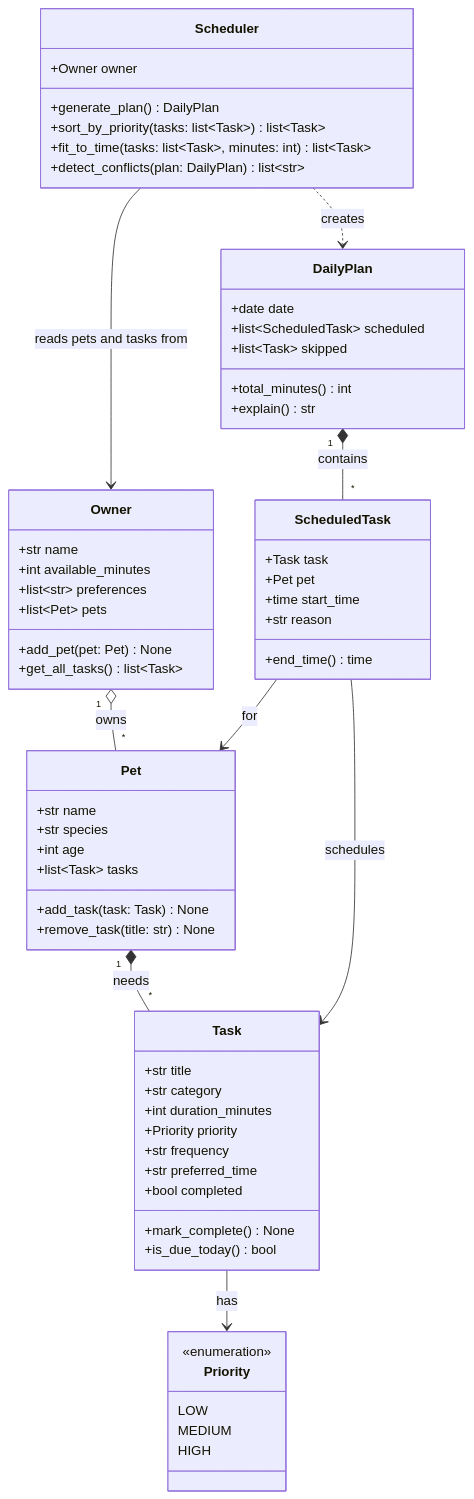
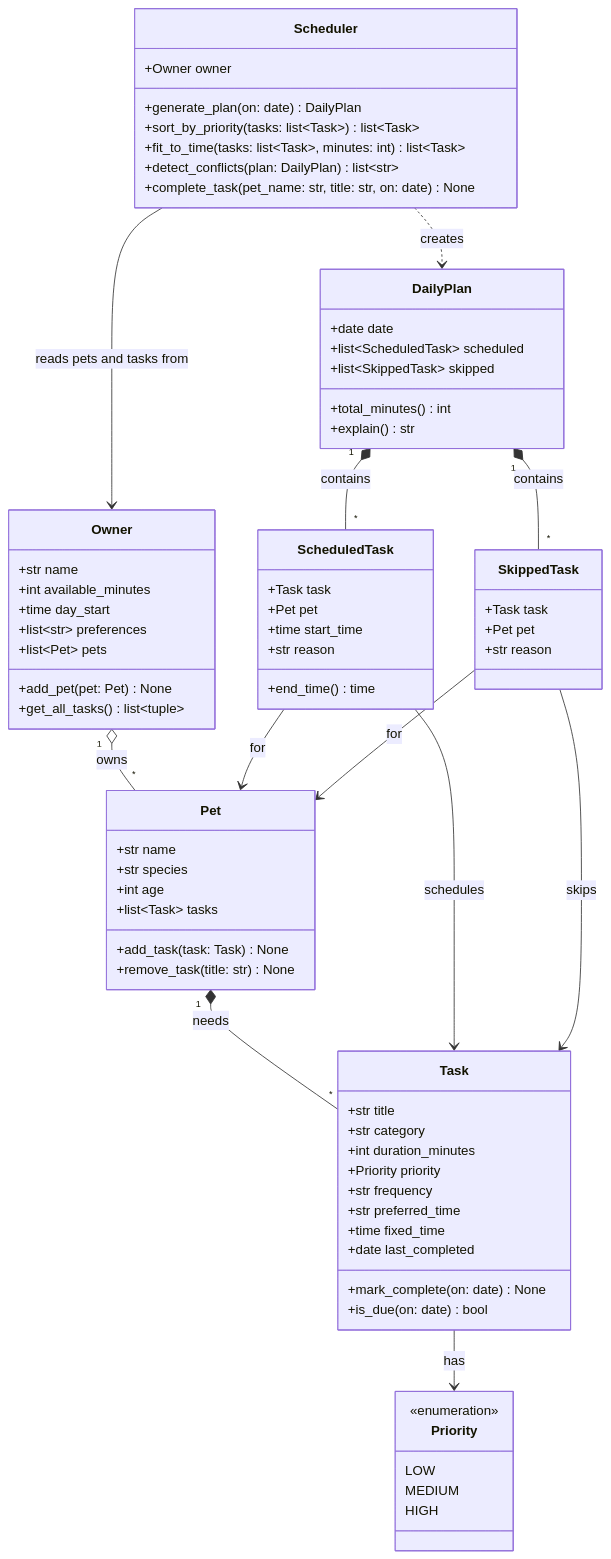
One commit to shaneilrose2/ai110-module2show-pawpal-starter changed the diagram in diagrams/uml.mmd. Above: the diagram before and after it, drawn with Mermaid. The commit also changed 2 other files, not shown here.

```diff
--- a/diagrams/uml.mmd
+++ b/diagrams/uml.mmd
@@ -1,70 +1,84 @@
 classDiagram
+    %% PawPal+ design. Keep this file updated so it matches your final implementation.
+
     class Owner {
         +str name
         +int available_minutes
+        +time day_start
         +list~str~ preferences
         +list~Pet~ pets
         +add_pet(pet: Pet) None
-        +get_all_tasks() list~Task~
+        +get_all_tasks() list~tuple~
     }
 
     class Pet {
         +str name
         +str species
         +int age
         +list~Task~ tasks
         +add_task(task: Task) None
         +remove_task(title: str) None
     }
 
     class Task {
         +str title
         +str category
         +int duration_minutes
         +Priority priority
         +str frequency
         +str preferred_time
-        +bool completed
-        +mark_complete() None
-        +is_due_today() bool
+        +time fixed_time
+        +date last_completed
+        +mark_complete(on: date) None
+        +is_due(on: date) bool
     }
 
     class Priority {
         <<enumeration>>
         LOW
         MEDIUM
         HIGH
     }
 
     class Scheduler {
         +Owner owner
-        +generate_plan() DailyPlan
+        +generate_plan(on: date) DailyPlan
         +sort_by_priority(tasks: list~Task~) list~Task~
         +fit_to_time(tasks: list~Task~, minutes: int) list~Task~
         +detect_conflicts(plan: DailyPlan) list~str~
+        +complete_task(pet_name: str, title: str, on: date) None
     }
 
     class DailyPlan {
         +date date
         +list~ScheduledTask~ scheduled
-        +list~Task~ skipped
+        +list~SkippedTask~ skipped
         +total_minutes() int
         +explain() str
     }
 
     class ScheduledTask {
         +Task task
         +Pet pet
         +time start_time
         +str reason
         +end_time() time
     }
 
+    class SkippedTask {
+        +Task task
+        +Pet pet
+        +str reason
+    }
+
     Owner "1" o-- "*" Pet : owns
     Pet "1" *-- "*" Task : needs
     Task --> Priority : has
     Scheduler --> Owner : reads pets and tasks from
     Scheduler ..> DailyPlan : creates
     DailyPlan "1" *-- "*" ScheduledTask : contains
+    DailyPlan "1" *-- "*" SkippedTask : contains
     ScheduledTask --> Task : schedules
     ScheduledTask --> Pet : for
+    SkippedTask --> Task : skips
+    SkippedTask --> Pet : for
```
